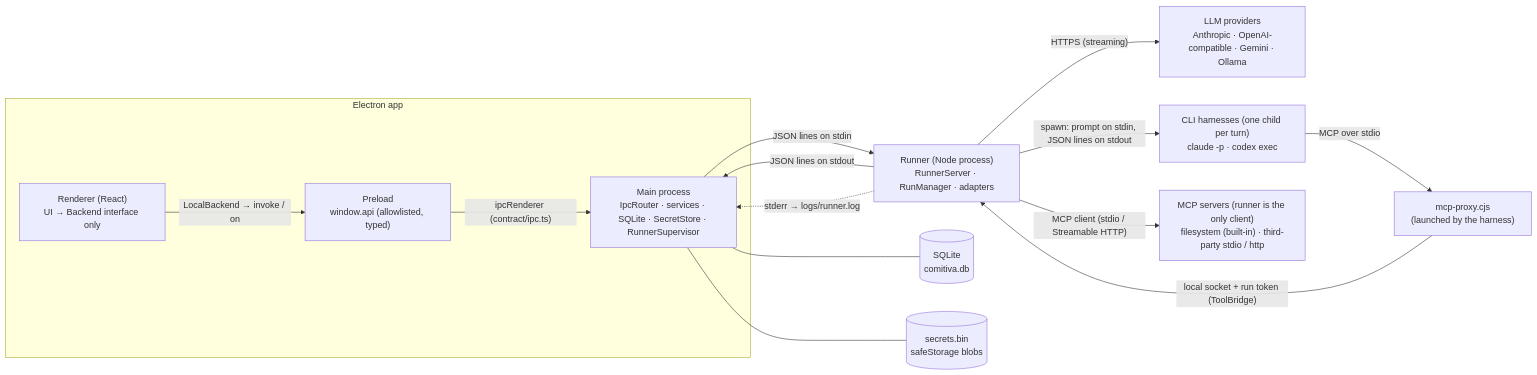
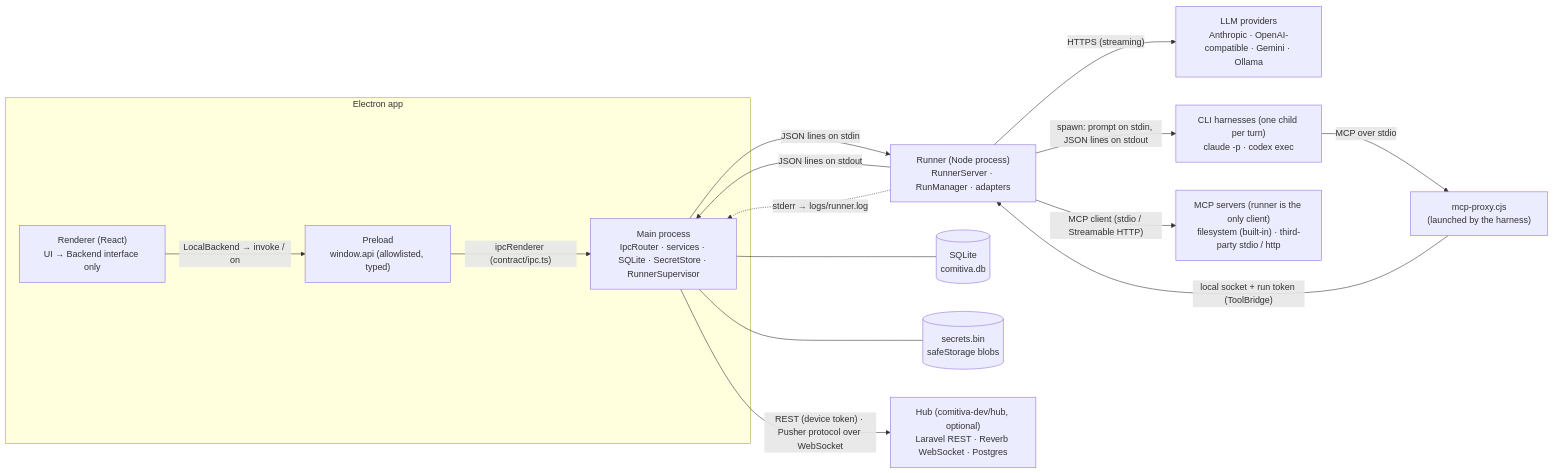
One commit to comitiva-dev/comitiva changed the diagram in docs/architecture.md. Above: the diagram before and after it, drawn with Mermaid. The commit also changed other lines of this file and 6 other files, not shown here.

Commit message:
docs: Phase 8 done — hub guide, status, spec, design and architecture

````diff
--- a/docs/architecture.md
+++ b/docs/architecture.md
@@ -7,28 +7,30 @@
 ```mermaid
 flowchart LR
   subgraph Electron app
     R["Renderer (React)<br/>UI → Backend interface only"]
     P["Preload<br/>window.api (allowlisted, typed)"]
     M["Main process<br/>IpcRouter · services · SQLite · SecretStore · RunnerSupervisor"]
   end
   RN["Runner (Node process)<br/>RunnerServer · RunManager · adapters"]
   DB[("SQLite<br/>comitiva.db")]
   S[("secrets.bin<br/>safeStorage blobs")]
   LLM["LLM providers<br/>Anthropic · OpenAI-compatible · Gemini · Ollama"]
   H["CLI harnesses (one child per turn)<br/>claude -p · codex exec"]
   MCP["MCP servers (runner is the only client)<br/>filesystem (built-in) · third-party stdio / http"]
   PX["mcp-proxy.cjs<br/>(launched by the harness)"]
+  HUB["Hub (comitiva-dev/hub, optional)<br/>Laravel REST · Reverb WebSocket · Postgres"]
 
   R -- "LocalBackend → invoke / on" --> P
   P -- "ipcRenderer (contract/ipc.ts)" --> M
   M -- "JSON lines on stdin" --> RN
   RN -- "JSON lines on stdout" --> M
   RN -. "stderr → logs/runner.log" .-> M
   M --- DB
   M --- S
   RN -- "HTTPS (streaming)" --> LLM
   RN -- "spawn: prompt on stdin, JSON lines on stdout" --> H
   RN -- "MCP client (stdio / Streamable HTTP)" --> MCP
   H -- "MCP over stdio" --> PX
   PX -- "local socket + run token (ToolBridge)" --> RN
+  M -- "REST (device token) · Pusher protocol over WebSocket" --> HUB
 ```
````
